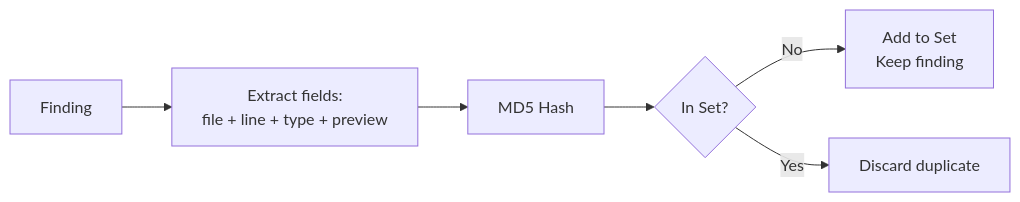
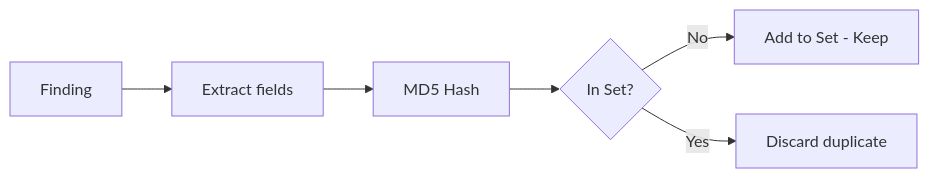
One commit to alamshoaib134/git-secret-scanner changed diagram 12 of 18 in architecture/LLD.md. Above: the diagram before and after it, drawn with Mermaid. The commit also changed other lines of this file and 1 other file, not shown here.

First line of the commit message:
Fix Mermaid syntax errors in architecture diagrams

````diff
--- a/architecture/LLD.md
+++ b/architecture/LLD.md
@@ -368,8 +353,8 @@
 ```mermaid
 flowchart LR
-    FINDING[Finding] --> EXTRACT[Extract fields:<br/>file + line + type + preview]
-    EXTRACT --> HASH[MD5 Hash]
-    HASH --> CHECK{In Set?}
-    CHECK -->|No| ADD[Add to Set<br/>Keep finding]
-    CHECK -->|Yes| SKIP[Discard duplicate]
+    FINDING["Finding"] --> EXTRACT["Extract fields"]
+    EXTRACT --> HASH["MD5 Hash"]
+    HASH --> CHECK{"In Set?"}
+    CHECK -->|No| ADD["Add to Set - Keep"]
+    CHECK -->|Yes| SKIP["Discard duplicate"]
 ```
````
